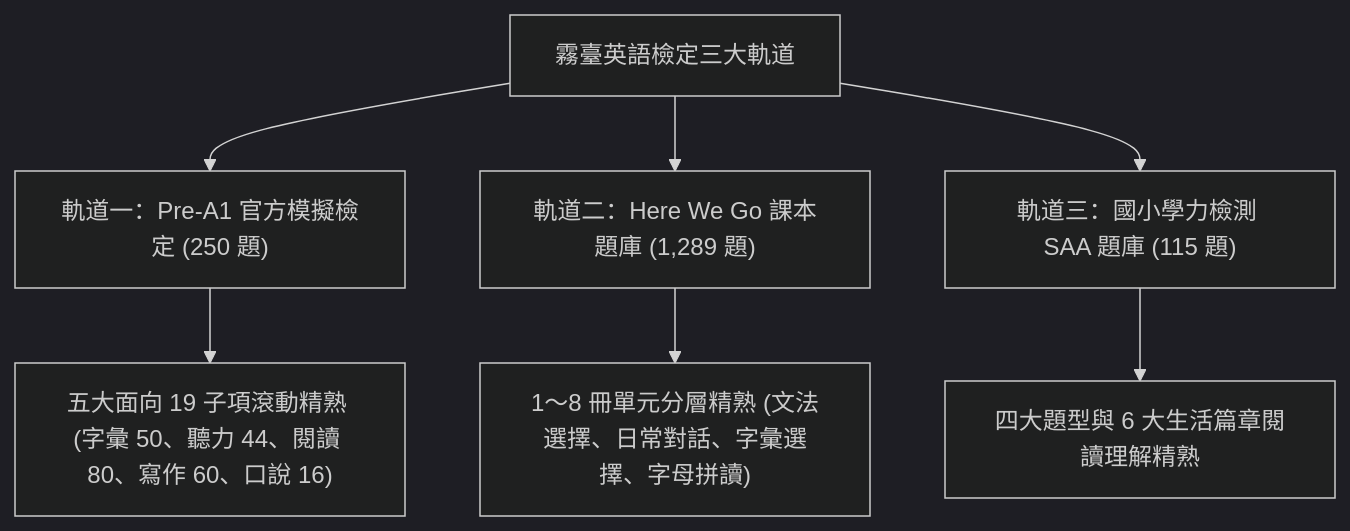
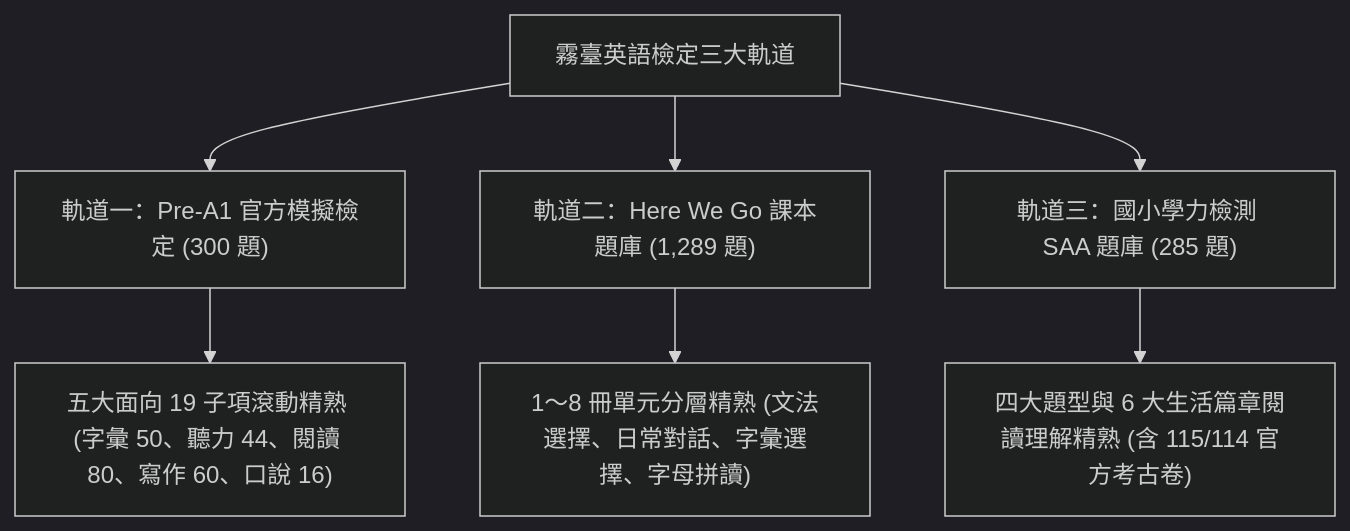
One commit to u864001/wutaivocab changed the first of 3 diagrams in docs/exam/THREE_EXAM_TRACKS_MASTERY_AND_LEADERBOARD_SPEC.md. Above: the diagram before and after it, drawn with Mermaid (dark theme). The commit also changed other lines of this file and 83 other files, not shown here.

````diff
--- a/docs/exam/THREE_EXAM_TRACKS_MASTERY_AND_LEADERBOARD_SPEC.md
+++ b/docs/exam/THREE_EXAM_TRACKS_MASTERY_AND_LEADERBOARD_SPEC.md
@@ -26,10 +26,10 @@
 ```mermaid
 flowchart TD
-    A["霧臺英語檢定三大軌道"] --> B["軌道一：Pre-A1 官方模擬檢定 (250 題)"]
+    A["霧臺英語檢定三大軌道"] --> B["軌道一：Pre-A1 官方模擬檢定 (300 題)"]
     A --> C["軌道二：Here We Go 課本題庫 (1,289 題)"]
-    A --> D["軌道三：國小學力檢測 SAA 題庫 (115 題)"]
+    A --> D["軌道三：國小學力檢測 SAA 題庫 (285 題)"]
     
     B --> B1["五大面向 19 子項滾動精熟 (字彙 50、聽力 44、閱讀 80、寫作 60、口說 16)"]
     C --> C1["1～8 冊單元分層精熟 (文法選擇、日常對話、字彙選擇、字母拼讀)"]
-    D --> D1["四大題型與 6 大生活篇章閱讀理解精熟"]
+    D --> D1["四大題型與 6 大生活篇章閱讀理解精熟 (含 115/114 官方考古卷)"]
 ```
````
